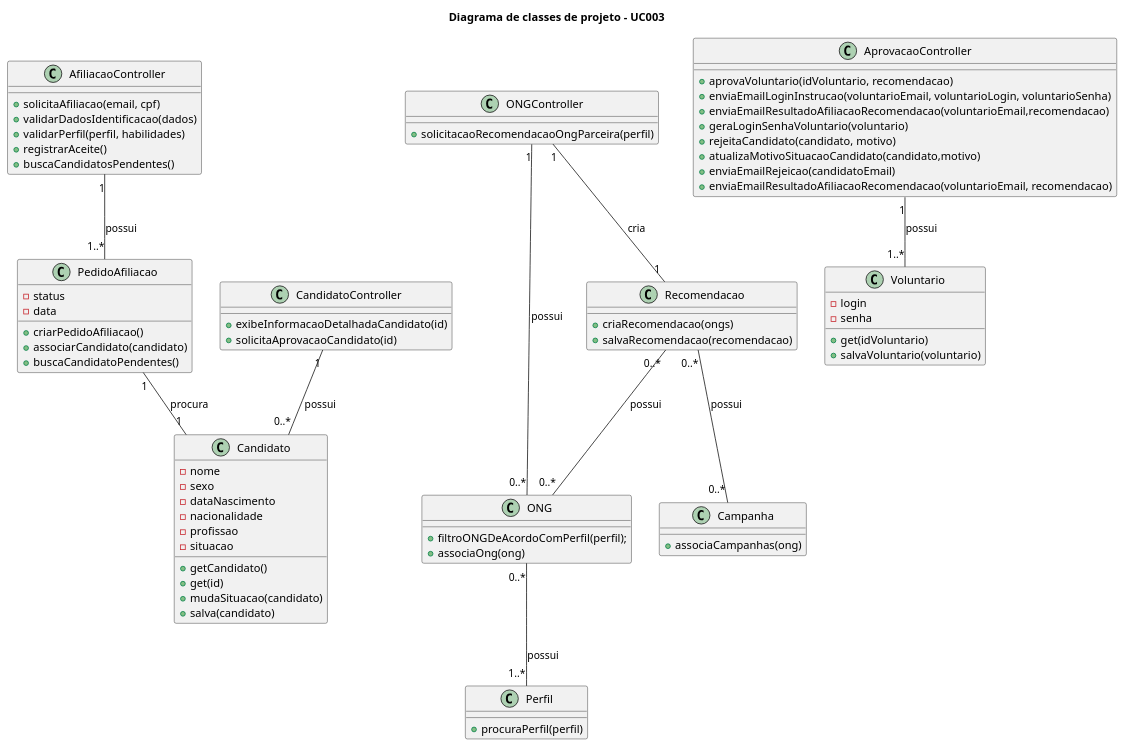
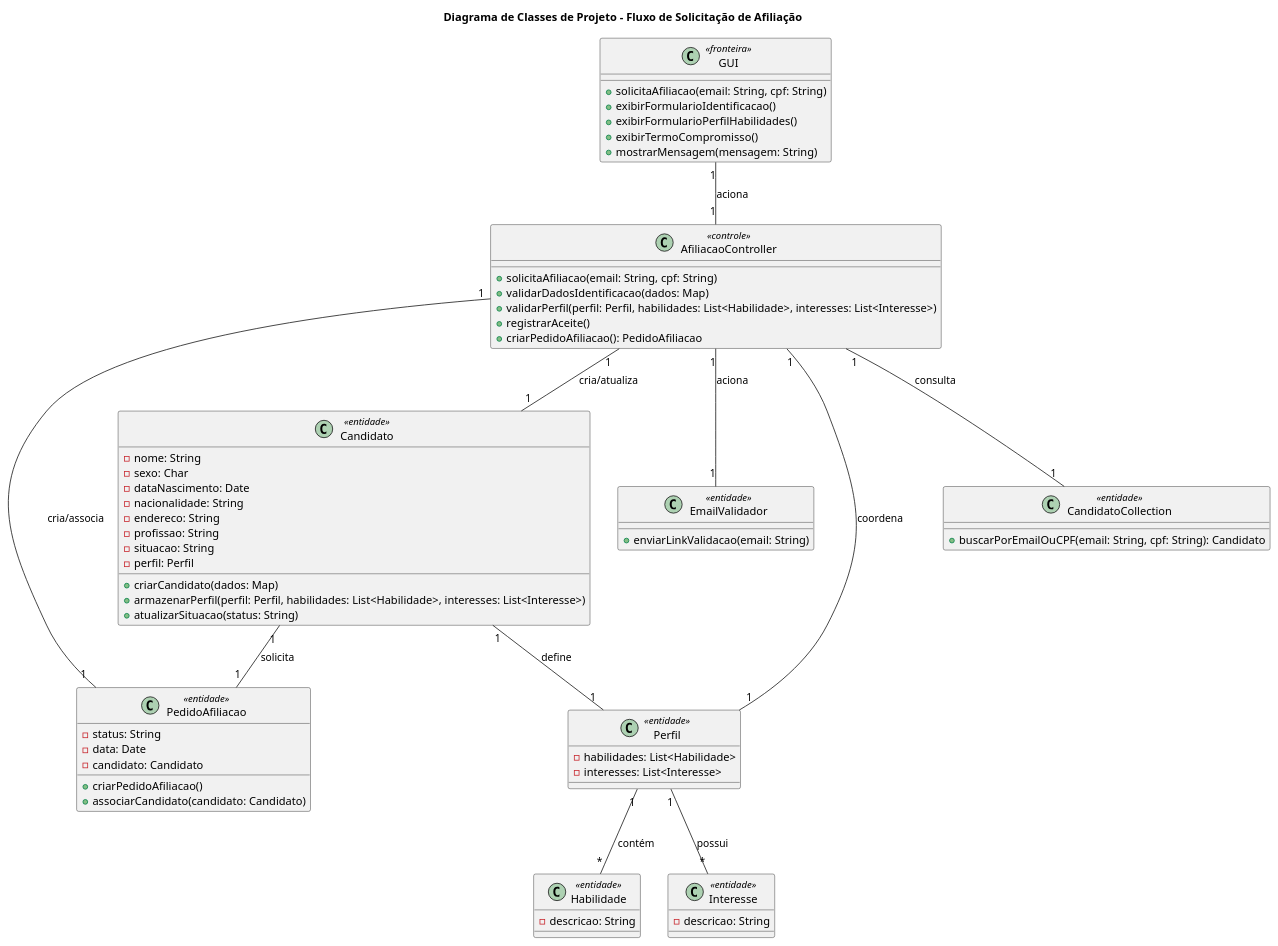
The diagram in diagrama-de-classes-projeto/classes-projeto-uc03.puml (guisgiacomini/redeMaisSocialProjetoSoftware), drawn with PlantUML before and after one commit. The commit also changed 1 other file, not shown here.

```diff
--- a/diagrama-de-classes-projeto/classes-projeto-uc03.puml
+++ b/diagrama-de-classes-projeto/classes-projeto-uc03.puml
@@ -1,98 +2,84 @@
 @startuml
+title Diagrama de Classes de Projeto – Fluxo de Solicitação de Afiliação
 
-title Diagrama de classes de projeto - UC003
 
-' Primeira Etapa
+' ======= CAMADA DE FRONTEIRA =======
 
-class AfiliacaoController {
-    +solicitaAfiliacao(email, cpf)
-    +validarDadosIdentificacao(dados)
-    +validarPerfil(perfil, habilidades)
-    +registrarAceite()
-    +buscaCandidatosPendentes()
+class GUI <<fronteira>> {
+    +solicitaAfiliacao(email: String, cpf: String)
+    +exibirFormularioIdentificacao()
+    +exibirFormularioPerfilHabilidades()
+    +exibirTermoCompromisso()
+    +mostrarMensagem(mensagem: String)
 }
 
-class PedidoAfiliacao {
-    -status
-    -data
-    +criarPedidoAfiliacao()
-    +associarCandidato(candidato)
-    +buscaCandidatoPendentes()
+' ======= CAMADA DE CONTROLE =======
 
+class AfiliacaoController <<controle>> {
+    +solicitaAfiliacao(email: String, cpf: String)
+    +validarDadosIdentificacao(dados: Map)
+    +validarPerfil(perfil: Perfil, habilidades: List<Habilidade>, interesses: List<Interesse>)
+    +registrarAceite()
+    +criarPedidoAfiliacao(): PedidoAfiliacao
 }
 
-class Candidato {
-    -nome
-    -sexo
-    -dataNascimento
-    -nacionalidade
-    -profissao
-    -situacao
-    +getCandidato()
-    +get(id)
-    +mudaSituacao(candidato)
-    +salva(candidato)
+' ======= CAMADA DE ENTIDADES =======
+
+class Candidato <<entidade>> {
+    -nome: String
+    -sexo: Char
+    -dataNascimento: Date
+    -nacionalidade: String
+    -endereco: String
+    -profissao: String
+    -situacao: String
+    -perfil: Perfil
+    +criarCandidato(dados: Map)
+    +armazenarPerfil(perfil: Perfil, habilidades: List<Habilidade>, interesses: List<Interesse>)
+    +atualizarSituacao(status: String)
 }
 
-AfiliacaoController "1" -- "1..*" PedidoAfiliacao: possui
-PedidoAfiliacao "1" -- "1" Candidato: procura
-
-class CandidatoController {
-    +exibeInformacaoDetalhadaCandidato(id)
-    +solicitaAprovacaoCandidato(id)
+class PedidoAfiliacao <<entidade>> {
+    -status: String
+    -data: Date
+    -candidato: Candidato
+    +criarPedidoAfiliacao()
+    +associarCandidato(candidato: Candidato)
 }
 
-CandidatoController "1" -- "0..*" Candidato: possui
-
-class ONGController {
-    +solicitacaoRecomendacaoOngParceira(perfil)
+class EmailValidador <<entidade>> {
+    +enviarLinkValidacao(email: String)
 }
 
-class ONG {
-    +filtroONGDeAcordoComPerfil(perfil);
-    +associaOng(ong)
+class Perfil <<entidade>> {
+    -habilidades: List<Habilidade>
+    -interesses: List<Interesse>
 }
 
-class Perfil {
-    +procuraPerfil(perfil)
+class Habilidade <<entidade>> {
+    -descricao: String
 }
 
-
-ONGController "1" -- "0..*" ONG: possui
-ONG "0..*" -- "1..*" Perfil: possui
-
-class Recomendacao {
-    +criaRecomendacao(ongs)
-    +salvaRecomendacao(recomendacao)
+class Interesse <<entidade>> {
+    -descricao: String
 }
 
-class Campanha {
-    +associaCampanhas(ong)
+class CandidatoCollection <<entidade>> {
+    +buscarPorEmailOuCPF(email: String, cpf: String): Candidato
 }
 
+' ======= RELACIONAMENTOS =======
 
-ONGController "1" -- "1" Recomendacao: cria
-Recomendacao "0..*" -- "0..*" ONG: possui
-Recomendacao "0..*" -- "0..*" Campanha: possui
+GUI "1" -- "1" AfiliacaoController : aciona
+AfiliacaoController "1" -- "1" CandidatoCollection : consulta
+AfiliacaoController "1" -- "1" PedidoAfiliacao : cria/associa
+AfiliacaoController "1" -- "1" Candidato : cria/atualiza
+AfiliacaoController "1" -- "1" EmailValidador : aciona
+AfiliacaoController "1" -- "1" Perfil : coordena
 
-class AprovacaoController {
-    +aprovaVoluntario(idVoluntario, recomendacao)
-    +enviaEmailLoginInstrucao(voluntarioEmail, voluntarioLogin, voluntarioSenha)
-    +enviaEmailResultadoAfiliacaoRecomendacao(voluntarioEmail,recomendacao)
-    +geraLoginSenhaVoluntario(voluntario)
-    +rejeitaCandidato(candidato, motivo)
-    +atualizaMotivoSituacaoCandidato(candidato,motivo)
-    +enviaEmailRejeicao(candidatoEmail)
-    +enviaEmailResultadoAfiliacaoRecomendacao(voluntarioEmail, recomendacao)
-}
-
-class Voluntario {
-    -login
-    -senha
-    +get(idVoluntario)
-    +salvaVoluntario(voluntario)
-}
-
-AprovacaoController "1" -- "1..*" Voluntario: possui
+Candidato "1" -- "1" PedidoAfiliacao : solicita
+Candidato "1" -- "1" Perfil : define
+Perfil "1" -- "*" Habilidade : contém
+Perfil "1" -- "*" Interesse : possui
 
 @enduml
```
